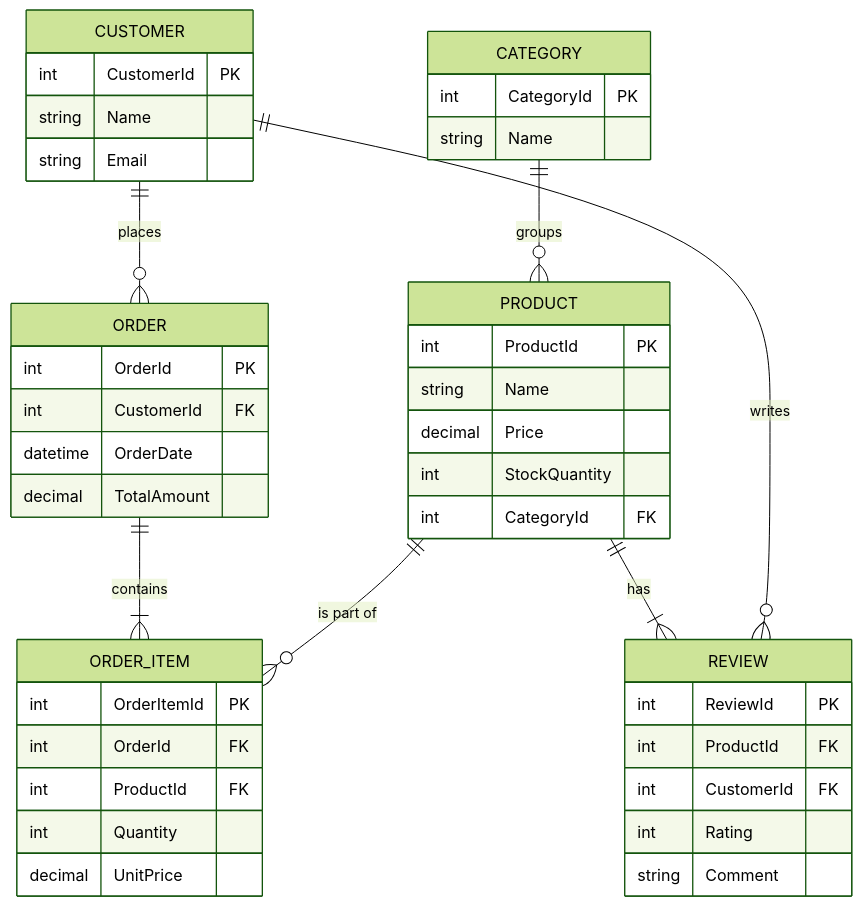
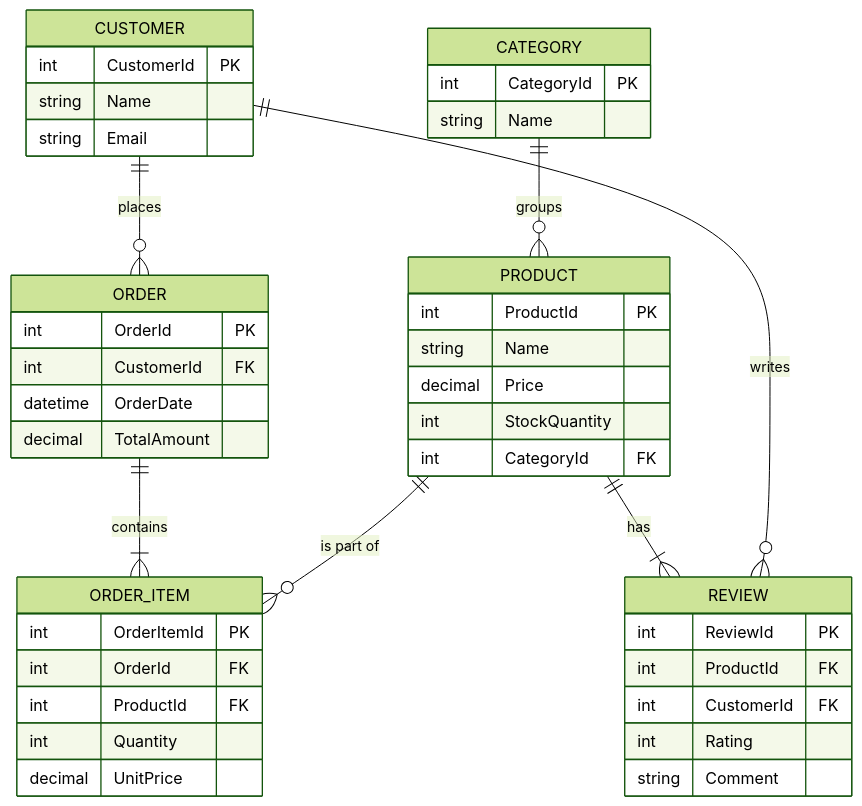
The diagram in slides.md (rajeshceg3/EntityFrameworkPPT), drawn with Mermaid (forest theme) before and after one commit. The commit also changed other lines of this file and 7 other files, not shown here.

````diff
--- a/slides.md
+++ b/slides.md
@@ -2950,46 +3003,47 @@
-```mermaid
+```mermaid {scale: 0.7}
+%%{init: {"er": {"layoutDirection": "LR", "entityPadding": 10, "fontSize": 18, "minEntityWidth": 85, "minEntityHeight": 30}, "fontSize": 18}}%%
 erDiagram
     CUSTOMER ||--o{ ORDER : "places"
     ORDER ||--|{ ORDER_ITEM : "contains"
     PRODUCT ||--o{ ORDER_ITEM : "is part of"
     PRODUCT ||--|{ REVIEW : "has"
     CUSTOMER ||--o{ REVIEW : "writes"
     CATEGORY ||--o{ PRODUCT : "groups"
 
     CUSTOMER {
         int CustomerId PK
         string Name
         string Email
     }
     PRODUCT {
         int ProductId PK
         string Name
         decimal Price
         int StockQuantity
         int CategoryId FK
     }
     CATEGORY {
         int CategoryId PK
         string Name
     }
     ORDER {
         int OrderId PK
         int CustomerId FK
         datetime OrderDate
         decimal TotalAmount
     }
     ORDER_ITEM {
         int OrderItemId PK
         int OrderId FK
         int ProductId FK
         int Quantity
         decimal UnitPrice
     }
     REVIEW {
         int ReviewId PK
         int ProductId FK
         int CustomerId FK
         int Rating
         string Comment
     }
 ```
````
